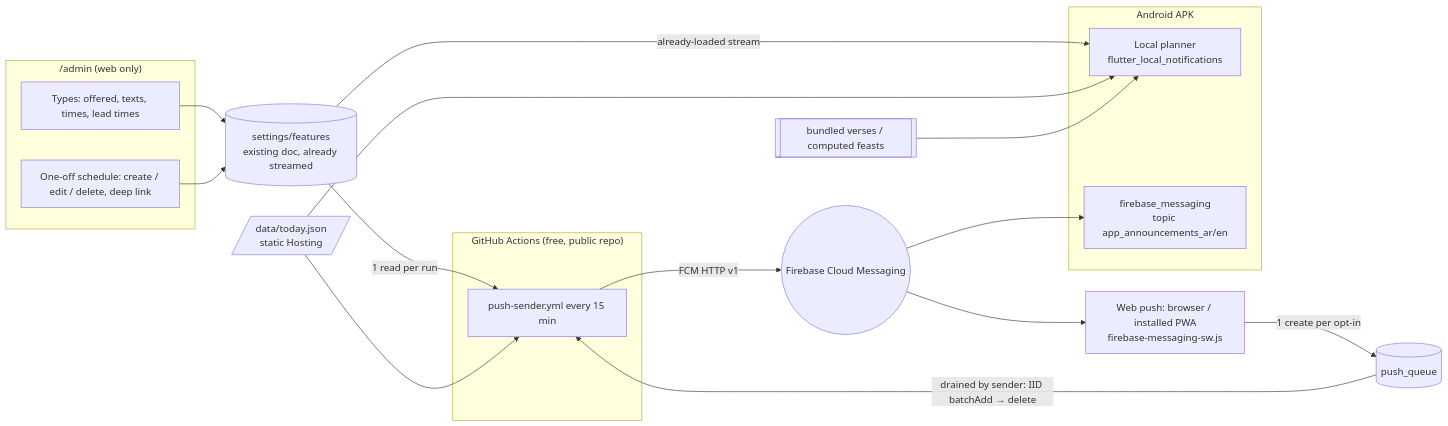
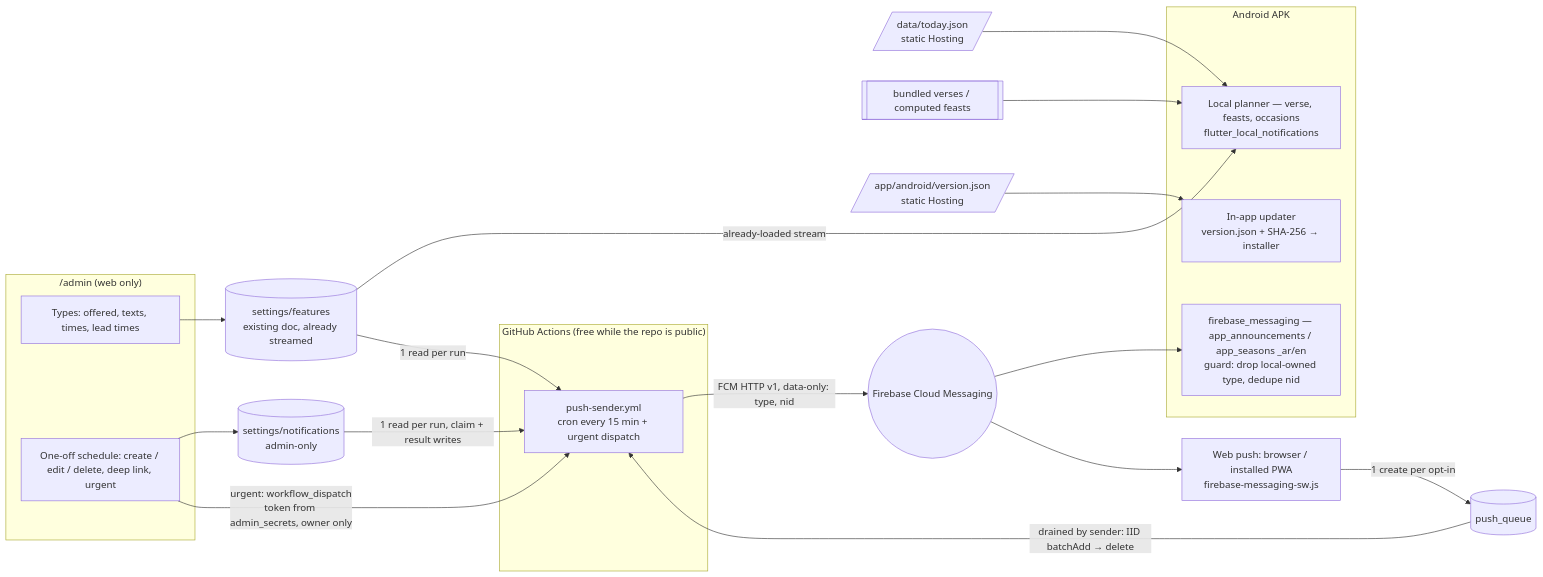
One commit to Kerollosmm/church-portal changed the diagram in docs/plans/phase2/README.md. Above: the diagram before and after it, drawn with Mermaid. The commit also changed other lines of this file and 9 other files, not shown here.

Commit message:
Phase 2 plan: owner change requests — urgent instant dispatch (dual trigger, owner-only fine-grained token, idempotent claim, cron fallback, status), APK sideload guide + in-app update (manifest, SHA-256, installer intent, host decision), strict channel segregation + iOS onboarding

````diff
--- a/docs/plans/phase2/README.md
+++ b/docs/plans/phase2/README.md
@@ -45,26 +58,29 @@
 ```mermaid
 flowchart LR
   subgraph Admin["/admin (web only)"]
     T[Types: offered, texts, times, lead times]
-    S[One-off schedule: create / edit / delete, deep link]
+    S[One-off schedule: create / edit / delete, deep link, urgent]
   end
   T --> F[(settings/features<br/>existing doc, already streamed)]
-  S --> F
+  S --> N[(settings/notifications<br/>admin-only)]
   subgraph Phone["Android APK"]
-    L[Local planner<br/>flutter_local_notifications]
-    M[firebase_messaging<br/>topic app_announcements_ar/en]
+    L[Local planner — verse, feasts, occasions<br/>flutter_local_notifications]
+    M[firebase_messaging — app_announcements / app_seasons _ar/en<br/>guard: drop local-owned type, dedupe nid]
+    U[In-app updater<br/>version.json + SHA-256 → installer]
   end
   F -->|already-loaded stream| L
   J[/data/today.json<br/>static Hosting/] --> L
   V[[bundled verses / computed feasts]] --> L
-  subgraph GH["GitHub Actions (free, public repo)"]
-    P[push-sender.yml every 15 min]
+  H[/app/android/version.json<br/>static Hosting/] --> U
+  subgraph GH["GitHub Actions (free while the repo is public)"]
+    P[push-sender.yml<br/>cron every 15 min + urgent dispatch]
   end
+  S -->|urgent: workflow_dispatch<br/>token from admin_secrets, owner only| P
   F -->|1 read per run| P
-  J --> P
-  P -->|FCM HTTP v1| FCM((Firebase Cloud Messaging))
+  N -->|1 read per run, claim + result writes| P
+  P -->|FCM HTTP v1, data-only: type, nid| FCM((Firebase Cloud Messaging))
   FCM --> M
   FCM --> W[Web push: browser / installed PWA<br/>firebase-messaging-sw.js]
   W -->|1 create per opt-in| Q[(push_queue)]
   Q -->|drained by sender: IID batchAdd → delete| P
 ```
````
